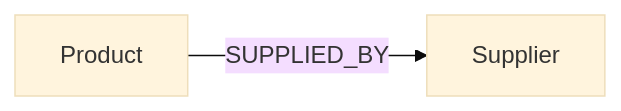
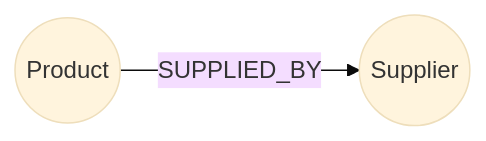
The third of 8 diagrams in asciidoc/courses/workshop-importing/modules/3-importing-data/lessons/4-importing-relationships/lesson.adoc (neo4j-graphacademy/courses), drawn with Mermaid (base theme) before and after one commit. The commit also changed other lines of this file and 15 other files, not shown here.

````diff
--- a/asciidoc/courses/workshop-importing/modules/3-importing-data/lessons/4-importing-relationships/lesson.adoc
+++ b/asciidoc/courses/workshop-importing/modules/3-importing-data/lessons/4-importing-relationships/lesson.adoc
@@ -94,4 +94,4 @@
 ```mermaid
 graph LR
-    A[Product] -->|SUPPLIED_BY| B[Supplier]
+    A((Product)) -->|SUPPLIED_BY| B((Supplier))
 ```
````
